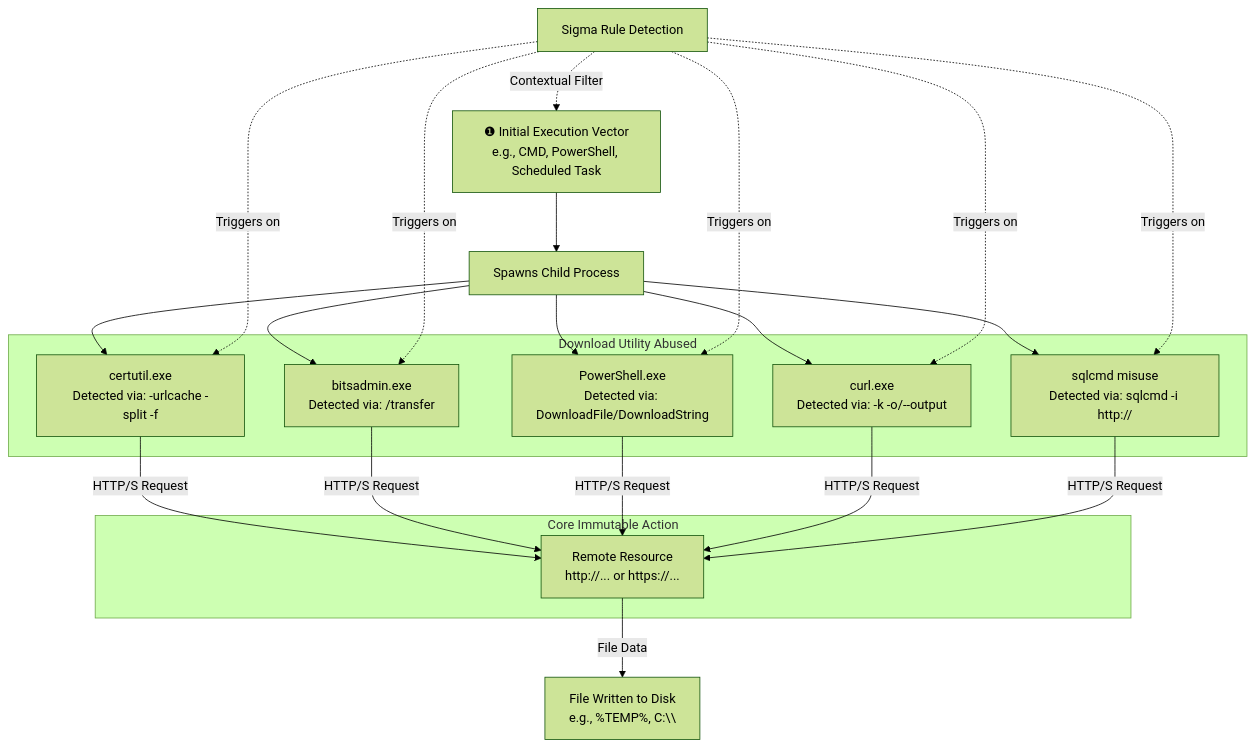
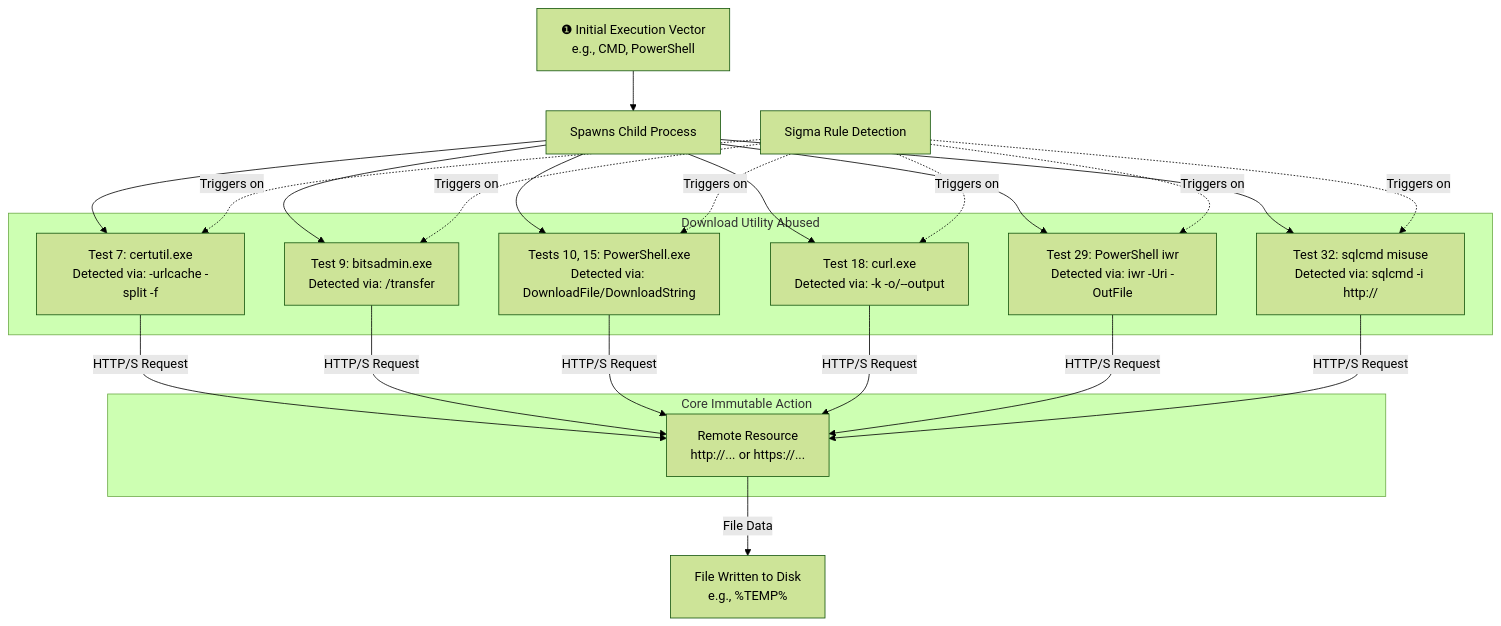
One commit to khaireddinechebbi/APTs-Detection-Framework changed the diagram in Reports/Techniques/T1105.md. Above: the diagram before and after it, drawn with Mermaid (forest theme). The commit also changed other lines of this file and 8 other files, not shown here.

````diff
--- a/Reports/Techniques/T1105.md
+++ b/Reports/Techniques/T1105.md
@@ -17,35 +20,40 @@
 ```mermaid
 flowchart TD
-A["❶ Initial Execution Vector<br>e.g., CMD, PowerShell, Scheduled Task"] --> B["Spawns Child Process"];
+A["❶ Initial Execution Vector<br>e.g., CMD, PowerShell"] --> B["Spawns Child Process"];
 
 subgraph B1[Download Utility Abused]
-    B2["certutil.exe<br>Detected via: -urlcache -split -f"]
-    B3["bitsadmin.exe<br>Detected via: /transfer"]
-    B4["PowerShell.exe<br>Detected via: DownloadFile/DownloadString"]
-    B5["curl.exe<br>Detected via: -k -o/--output"]
-    B6["sqlcmd misuse<br>Detected via: sqlcmd -i http://"]
+    B2["Test 7: certutil.exe<br>Detected via: -urlcache -split -f"]
+    B3["Test 9: bitsadmin.exe<br>Detected via: /transfer"]
+    B4["Tests 10, 15: PowerShell.exe<br>Detected via: DownloadFile/DownloadString"]
+    B5["Test 18: curl.exe<br>Detected via: -k -o/--output"]
+    B6["Test 29: PowerShell iwr<br>Detected via: iwr -Uri -OutFile"]
+    B7["Test 32: sqlcmd misuse<br>Detected via: sqlcmd -i http://"]
 end
 
 B --> B2
 B --> B3
 B --> B4
 B --> B5
 B --> B6
+B --> B7
 
 subgraph C[Core Immutable Action]
-    B2 -- "HTTP/S Request" --> D["Remote Resource<br>http://... or https://..."]
-    B3 -- "HTTP/S Request" --> D
-    B4 -- "HTTP/S Request" --> D
-    B5 -- "HTTP/S Request" --> D
-    B6 -- "HTTP/S Request" --> D
+    D["Remote Resource<br>http://... or https://..."]
 end
 
-D -- "File Data" --> E["File Written to Disk<br>e.g., %TEMP%, C:\\"]
+B2 -- "HTTP/S Request" --> D
+B3 -- "HTTP/S Request" --> D
+B4 -- "HTTP/S Request" --> D
+B5 -- "HTTP/S Request" --> D
+B6 -- "HTTP/S Request" --> D
+B7 -- "HTTP/S Request" --> D
+
+D -- "File Data" --> E["File Written to Disk<br>e.g., %TEMP%"]
 
 F["Sigma Rule Detection"] -.->|Triggers on| B2
 F -.->|Triggers on| B3
 F -.->|Triggers on| B4
 F -.->|Triggers on| B5
 F -.->|Triggers on| B6
-F -.->|Contextual Filter| A
+F -.->|Triggers on| B7
 ```
````
